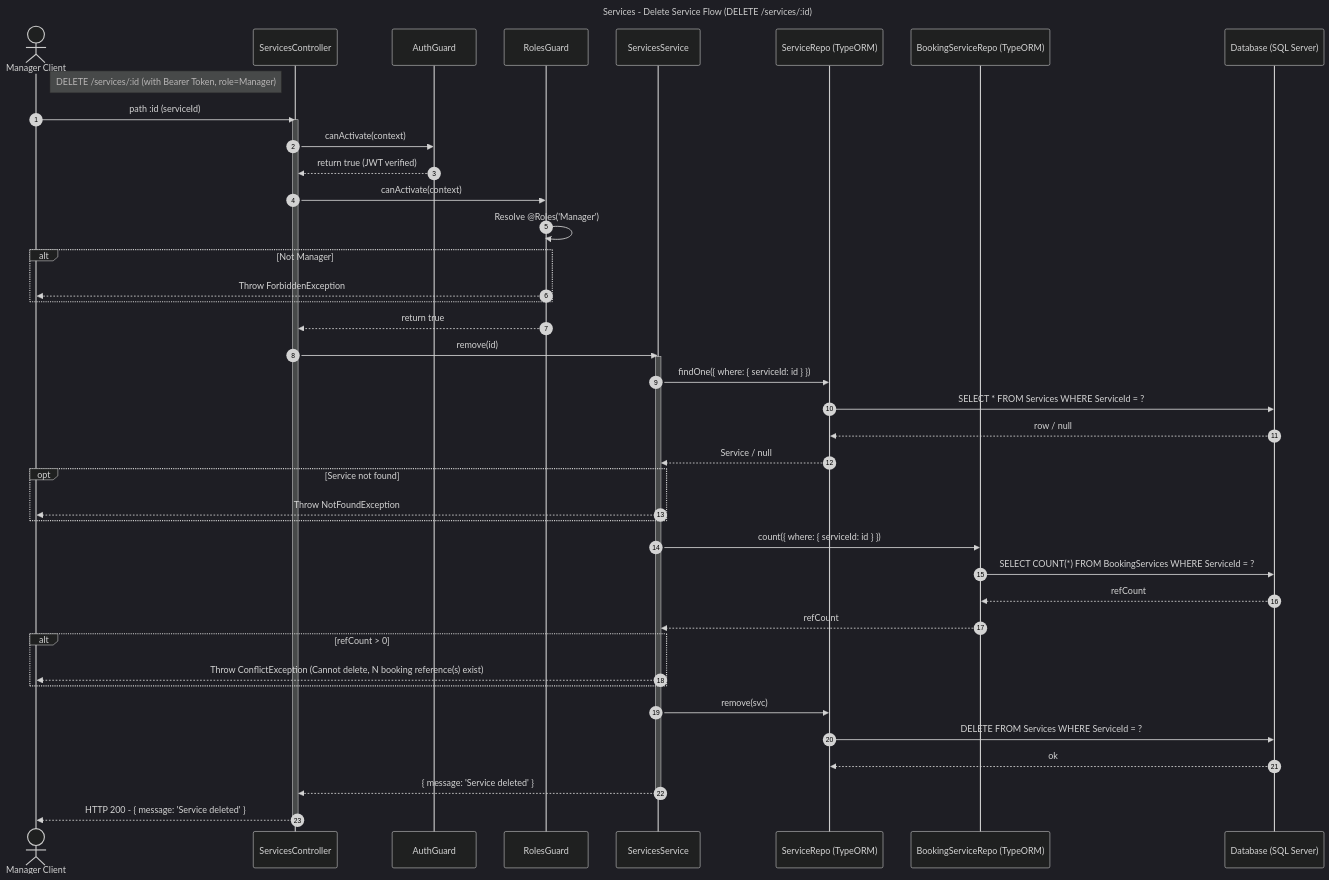
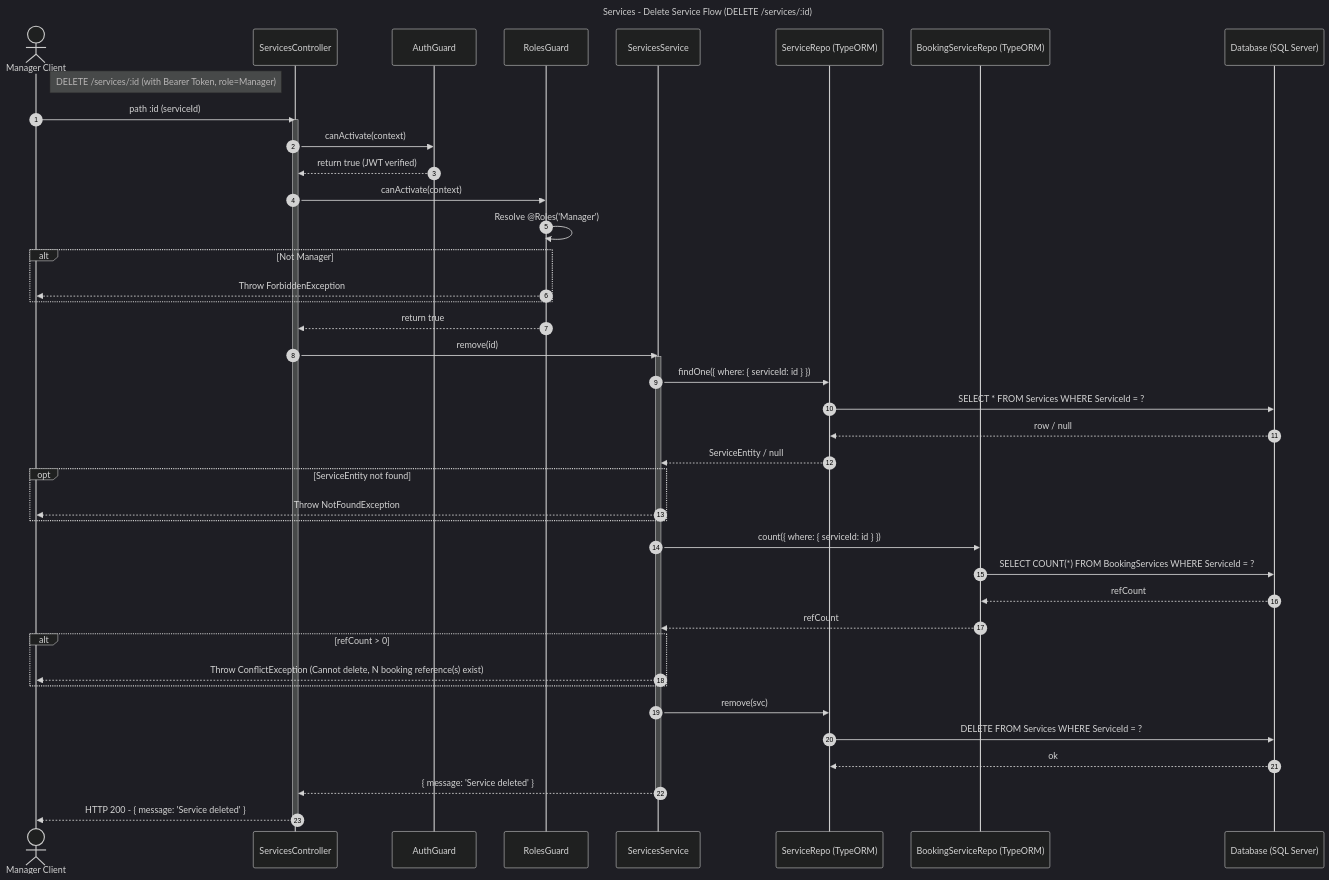
The diagram in docs/modules/services/sequence/remove-service.mmd (Notimemech/HotelHubManagement), drawn with Mermaid (dark theme) before and after one commit. The commit also changed 6 other files, not shown here.

First line of the commit message:
Refactor service-related sequence diagrams and update database schema

```diff
--- a/docs/modules/services/sequence/remove-service.mmd
+++ b/docs/modules/services/sequence/remove-service.mmd
@@ -1,53 +1,53 @@
 ---
 title: Services - Delete Service Flow (DELETE /services/:id)
 ---
 sequenceDiagram
     autonumber
     actor Client as Manager Client
     participant Ctrl as ServicesController
     participant Guard as AuthGuard
     participant RGuard as RolesGuard
-    participant Service as ServicesService
+    participant Svc as ServicesService
     participant ServiceRepo as ServiceRepo (TypeORM)
     participant BookingServiceRepo as BookingServiceRepo (TypeORM)
     participant DB as Database (SQL Server)
 
-    note right of Client: DELETE /services/:id (with Bearer Token, role=Manager)
+    Note right of Client: DELETE /services/:id (with Bearer Token, role=Manager)
     Client->>Ctrl: path :id (serviceId)
     activate Ctrl
     Ctrl->>Guard: canActivate(context)
     Guard-->>Ctrl: return true (JWT verified)
     Ctrl->>RGuard: canActivate(context)
     RGuard->>RGuard: Resolve @Roles('Manager')
     alt Not Manager
         RGuard-->>Client: Throw ForbiddenException
     end
     RGuard-->>Ctrl: return true
 
-    Ctrl->>Service: remove(id)
-    activate Service
-    Service->>ServiceRepo: findOne({ where: { serviceId: id } })
+    Ctrl->>Svc: remove(id)
+    activate Svc
+    Svc->>ServiceRepo: findOne({ where: { serviceId: id } })
     ServiceRepo->>DB: SELECT * FROM Services WHERE ServiceId = ?
     DB-->>ServiceRepo: row / null
-    ServiceRepo-->>Service: Service / null
-    opt Service not found
-        Service-->>Client: Throw NotFoundException
+    ServiceRepo-->>Svc: ServiceEntity / null
+    opt ServiceEntity not found
+        Svc-->>Client: Throw NotFoundException
     end
 
-    Service->>BookingServiceRepo: count({ where: { serviceId: id } })
+    Svc->>BookingServiceRepo: count({ where: { serviceId: id } })
     BookingServiceRepo->>DB: SELECT COUNT(*) FROM BookingServices WHERE ServiceId = ?
     DB-->>BookingServiceRepo: refCount
-    BookingServiceRepo-->>Service: refCount
+    BookingServiceRepo-->>Svc: refCount
     alt refCount > 0
-        Service-->>Client: Throw ConflictException (Cannot delete, N booking reference(s) exist)
+        Svc-->>Client: Throw ConflictException (Cannot delete, N booking reference(s) exist)
     end
 
-    Service->>ServiceRepo: remove(svc)
+    Svc->>ServiceRepo: remove(svc)
     ServiceRepo->>DB: DELETE FROM Services WHERE ServiceId = ?
     DB-->>ServiceRepo: ok
 
-    Service-->>Ctrl: { message: 'Service deleted' }
-    deactivate Service
+    Svc-->>Ctrl: { message: 'Service deleted' }
+    deactivate Svc
 
     Ctrl-->>Client: HTTP 200 - { message: 'Service deleted' }
     deactivate Ctrl
```
